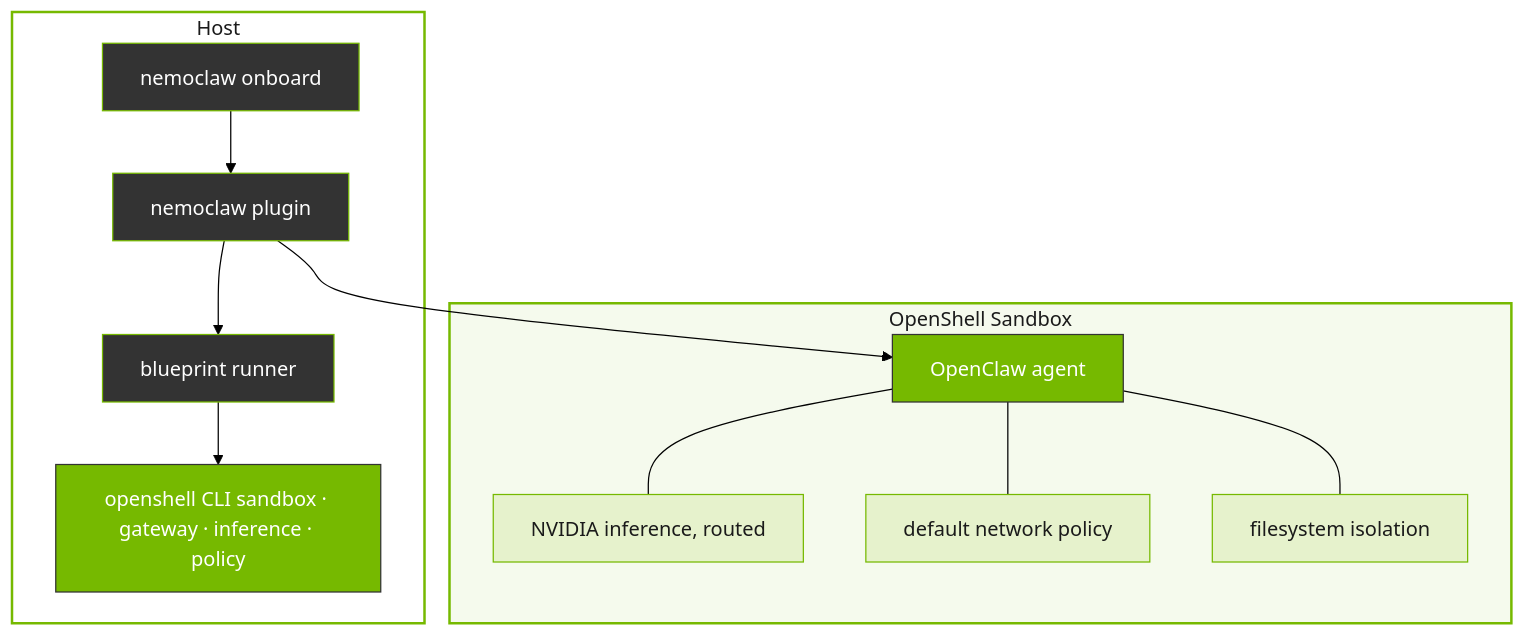
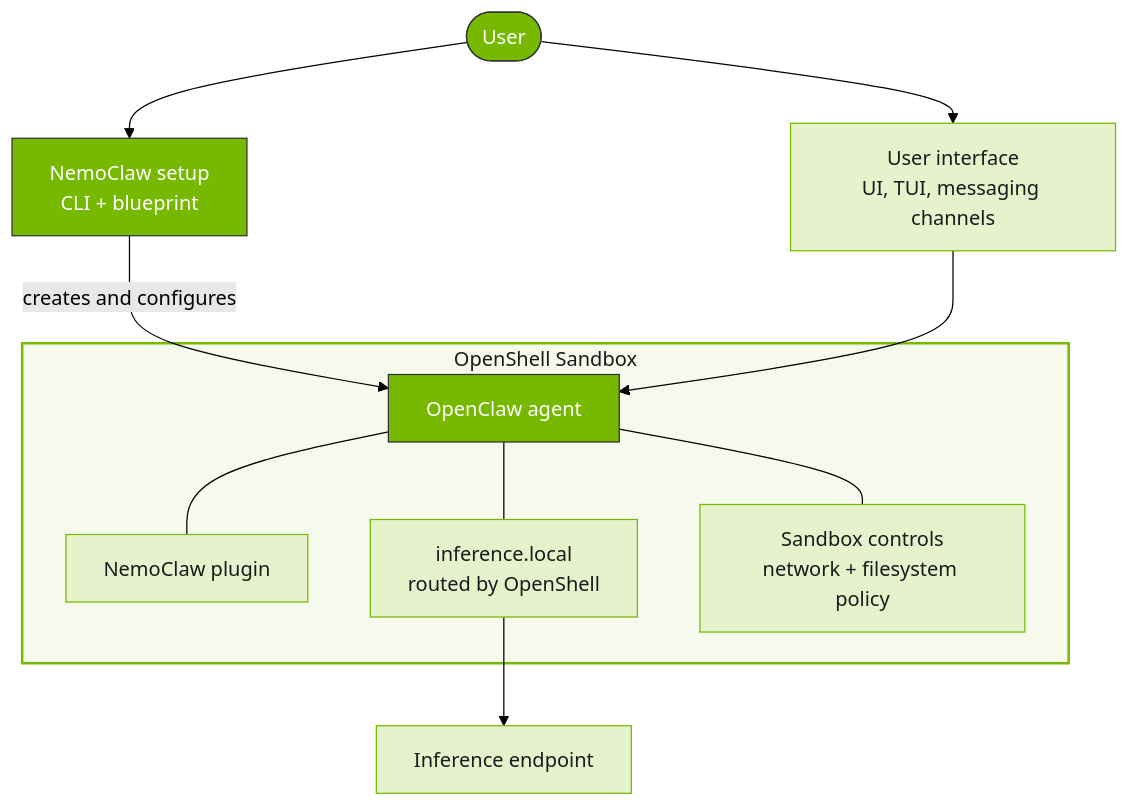
The diagram in docs/about/how-it-works.md (NVIDIA/NemoClaw), drawn with Mermaid (forest theme) before and after one commit. The commit also changed other lines of this file and 5 other files, not shown here.

````diff
--- a/docs/about/how-it-works.md
+++ b/docs/about/how-it-works.md
@@ -43,38 +34,35 @@
 ```{mermaid}
 flowchart TB
-    subgraph Host
-        CMD["nemoclaw onboard"]
-        PLUGIN[nemoclaw plugin]
-        BLUEPRINT[blueprint runner]
-        CLI["openshell CLI sandbox · gateway · inference · policy"]
-
-        CMD --> PLUGIN
-        PLUGIN --> BLUEPRINT
-        BLUEPRINT --> CLI
-    end
+    USER(["User"])
+    SETUP["NemoClaw setup<br/>CLI + blueprint"]
+    INTERFACE["User interface<br/>UI, TUI, messaging channels"]
 
     subgraph Sandbox["OpenShell Sandbox"]
         AGENT[OpenClaw agent]
-        INF[NVIDIA inference, routed]
-        NET[default network policy]
-        FS[filesystem isolation]
+        PLUGIN["NemoClaw plugin"]
+        INF["inference.local<br/>routed by OpenShell"]
+        CONTROLS["Sandbox controls<br/>network + filesystem policy"]
 
+        AGENT --- PLUGIN
         AGENT --- INF
-        AGENT --- NET
-        AGENT --- FS
+        AGENT --- CONTROLS
     end
 
-    PLUGIN --> AGENT
+    ENDPOINT["Inference endpoint"]
+
+    USER --> SETUP
+    USER --> INTERFACE
+    SETUP -->|"creates and configures"| AGENT
+    INTERFACE --> AGENT
+    INF --> ENDPOINT
 
     classDef nv fill:#76b900,stroke:#333,color:#fff
     classDef nvLight fill:#e6f2cc,stroke:#76b900,color:#1a1a1a
     classDef nvDark fill:#333,stroke:#76b900,color:#fff
 
-    class CMD,PLUGIN,BLUEPRINT nvDark
-    class CLI nv
+    class USER,SETUP nv
     class AGENT nv
-    class INF,NET,FS nvLight
+    class PLUGIN,INF,CONTROLS,INTERFACE,ENDPOINT nvLight
 
-    style Host fill:none,stroke:#76b900,stroke-width:2px,color:#1a1a1a
     style Sandbox fill:#f5faed,stroke:#76b900,stroke-width:2px,color:#1a1a1a
 ```
````
